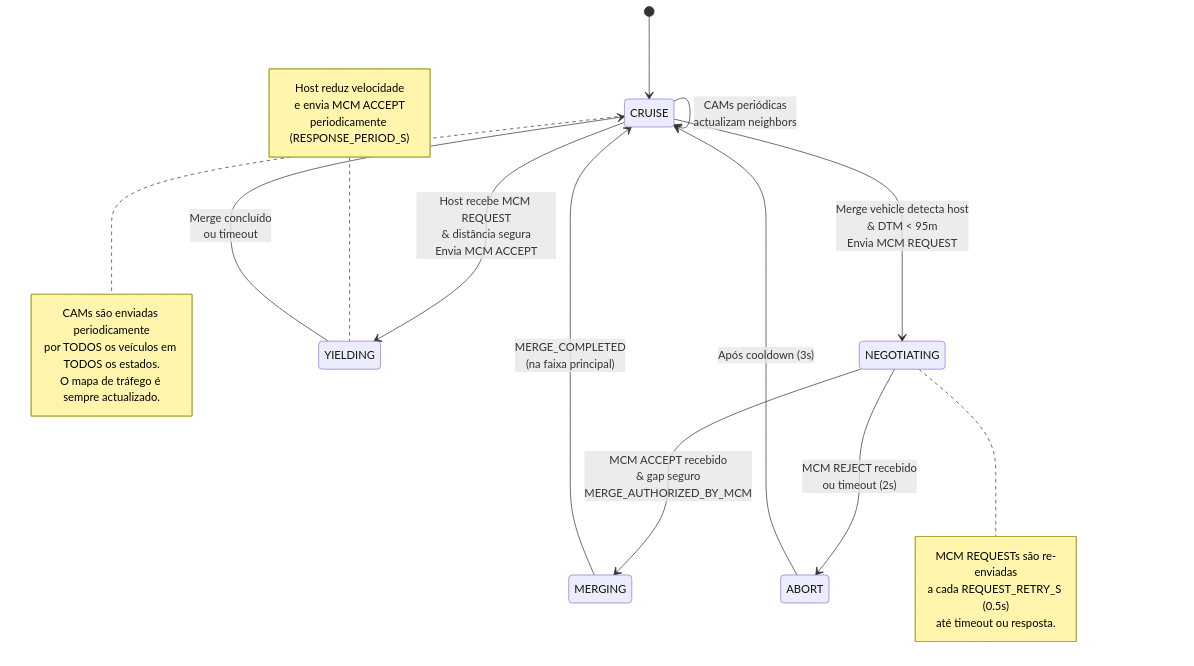
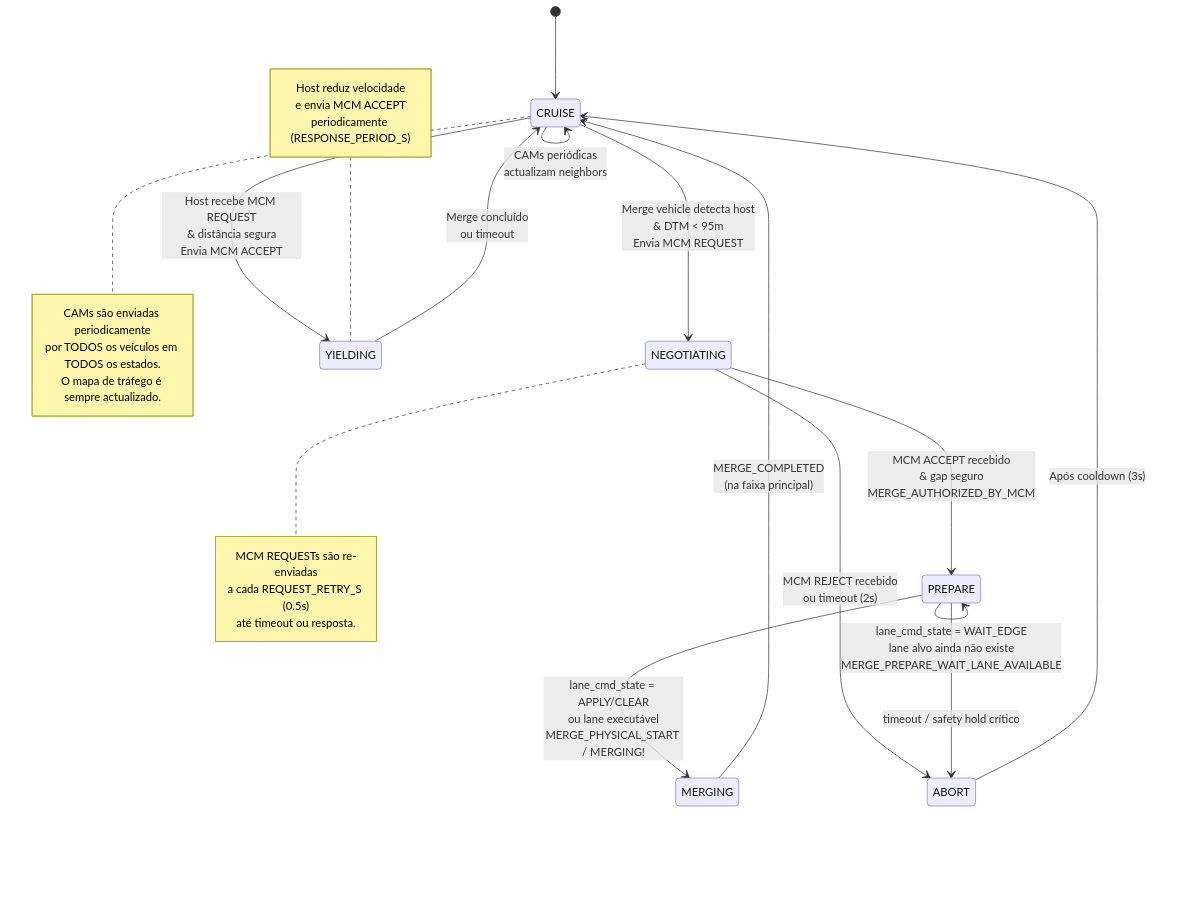
Before and after one commit to BMarujo/RSA: the seventh of 8 diagrams in mcm_cam_diagram.md, drawn with Mermaid. The commit also changed other lines of this file, not shown here.

````diff
--- a/mcm_cam_diagram.md
+++ b/mcm_cam_diagram.md
@@ -214,38 +221,43 @@
 ```mermaid
 stateDiagram-v2
     [*] --> CRUISE
 
     CRUISE --> NEGOTIATING: Merge vehicle detecta host<br/>& DTM < 95m<br/>Envia MCM REQUEST
     
     CRUISE --> YIELDING: Host recebe MCM REQUEST<br/>& distância segura<br/>Envia MCM ACCEPT
 
-    NEGOTIATING --> MERGING: MCM ACCEPT recebido<br/>& gap seguro<br/>MERGE_AUTHORIZED_BY_MCM
+    NEGOTIATING --> PREPARE: MCM ACCEPT recebido<br/>& gap seguro<br/>MERGE_AUTHORIZED_BY_MCM
+
+    PREPARE --> PREPARE: lane_cmd_state = WAIT_EDGE<br/>lane alvo ainda não existe<br/>MERGE_PREPARE_WAIT_LANE_AVAILABLE
+
+    PREPARE --> MERGING: lane_cmd_state = APPLY/CLEAR<br/>ou lane executável<br/>MERGE_PHYSICAL_START / MERGING!
     
     NEGOTIATING --> ABORT: MCM REJECT recebido<br/>ou timeout (2s)
+    PREPARE --> ABORT: timeout / safety hold crítico
     
     YIELDING --> CRUISE: Merge concluído<br/>ou timeout
     
     MERGING --> CRUISE: MERGE_COMPLETED<br/>(na faixa principal)
     
     ABORT --> CRUISE: Após cooldown (3s)
     
     CRUISE --> CRUISE: CAMs periódicas<br/>actualizam neighbors
 
     note right of CRUISE
         CAMs são enviadas periodicamente
         por TODOS os veículos em TODOS os estados.
         O mapa de tráfego é sempre actualizado.
     end note
     
     note right of NEGOTIATING
         MCM REQUESTs são re-enviadas
         a cada REQUEST_RETRY_S (0.5s)
         até timeout ou resposta.
     end note
     
     note left of YIELDING
         Host reduz velocidade
         e envia MCM ACCEPT
         periodicamente (RESPONSE_PERIOD_S)
     end note
 ```
````
